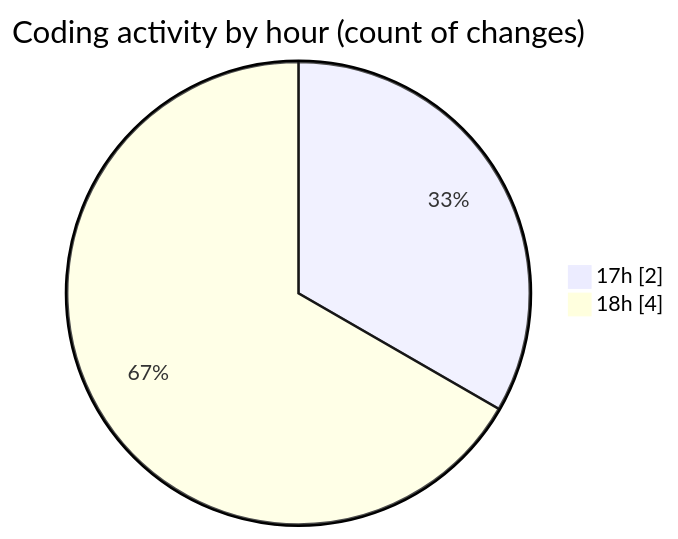
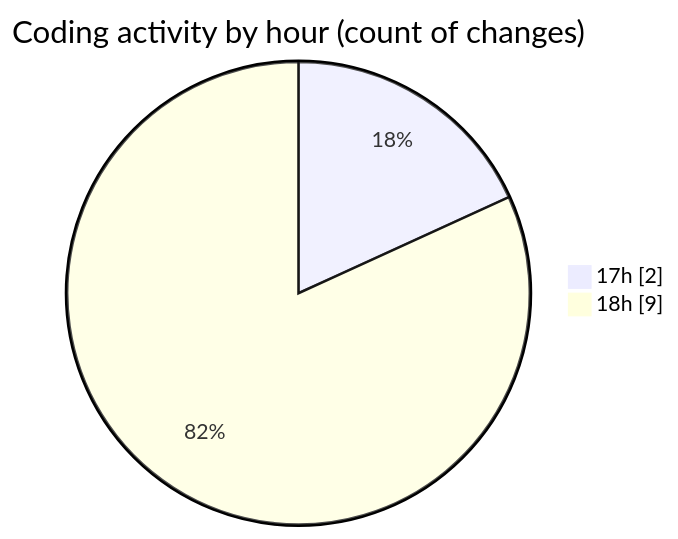
One commit to nxtqubesakshisongat/code-tracking changed the second of 2 diagrams in 2025-09-10/nxtqube_webapp/README.md. Above: the diagram before and after it, drawn with Mermaid. The commit also changed other lines of this file and 1 other file, not shown here.

````diff
--- a/2025-09-10/nxtqube_webapp/README.md
+++ b/2025-09-10/nxtqube_webapp/README.md
@@ -28,6 +30,6 @@
 ```mermaid
 pie showData
 title Coding activity by hour (count of changes)
 "17h" : 2
-"18h" : 4
+"18h" : 9
 ```
````
